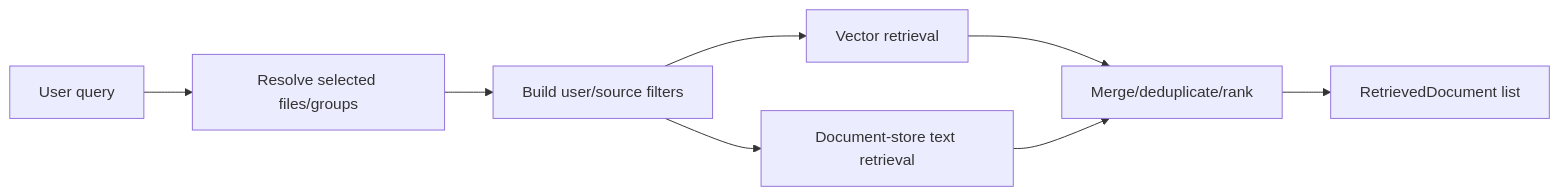
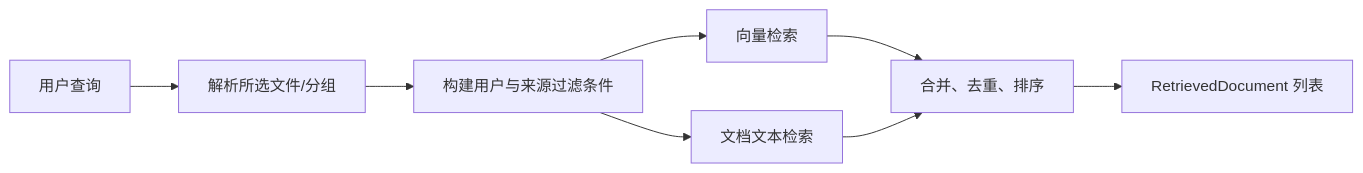
Before and after one commit to SwartzMss/knowledge-assistant: the third of 4 diagrams in docs/development/runtime-flows.md, drawn with Mermaid. The commit also changed other lines of this file and 10 other files, not shown here.

````diff
--- a/docs/development/runtime-flows.md
+++ b/docs/development/runtime-flows.md
@@ -80,10 +70,10 @@
 ```mermaid
 flowchart LR
-    Query["User query"] --> Resolve["Resolve selected files/groups"]
-    Resolve --> Filter["Build user/source filters"]
-    Filter --> Vector["Vector retrieval"]
-    Filter --> Text["Document-store text retrieval"]
-    Vector --> Merge["Merge/deduplicate/rank"]
+    Query["用户查询"] --> Resolve["解析所选文件/分组"]
+    Resolve --> Filter["构建用户与来源过滤条件"]
+    Filter --> Vector["向量检索"]
+    Filter --> Text["文档文本检索"]
+    Vector --> Merge["合并、去重、排序"]
     Text --> Merge
-    Merge --> Docs["RetrievedDocument list"]
+    Merge --> Docs["RetrievedDocument 列表"]
 ```
````
